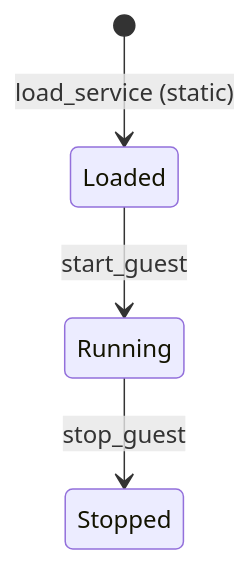
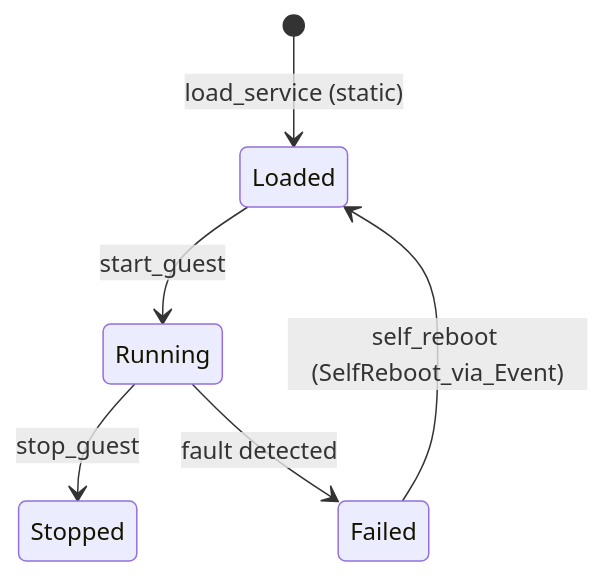
One commit to kmt-t/fireball changed the second of 3 diagrams in docs/components/tier1_interface/system_service.md. Above: the diagram before and after it, drawn with Mermaid. The commit also changed other lines of this file and 18 other files, not shown here.

Commit message:
docs: harmonize component diagrams, state transitions, and symlinks across specifications

````diff
--- a/docs/components/tier1_interface/system_service.md
+++ b/docs/components/tier1_interface/system_service.md
@@ -58,6 +58,8 @@
 ```mermaid
 stateDiagram-v2
     [*] --> Loaded: load_service (static)
     Loaded --> Running: start_guest
     Running --> Stopped: stop_guest
+    Running --> Failed: fault detected
+    Failed --> Loaded: self_reboot (SelfReboot_via_Event)
 ```
````
